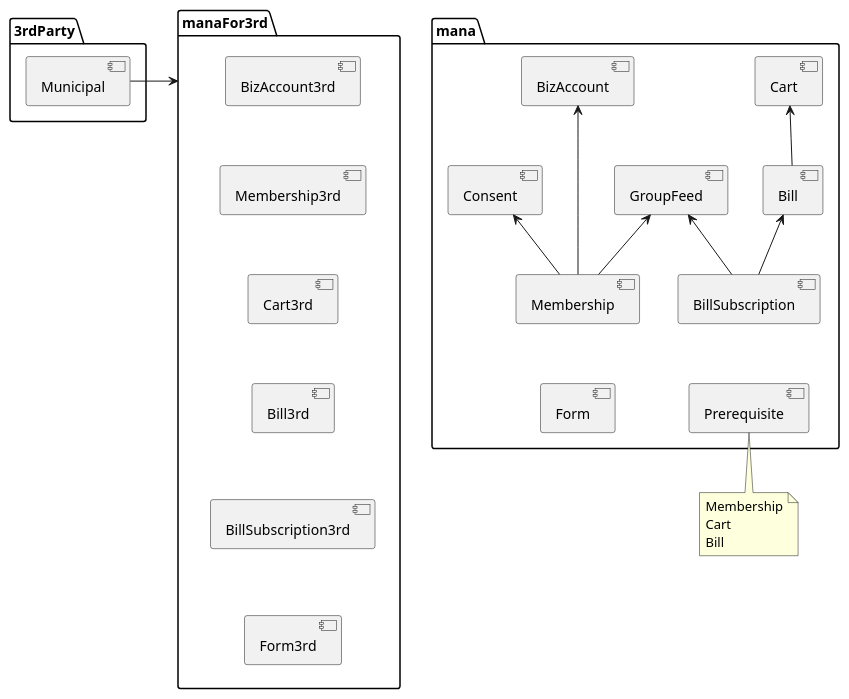
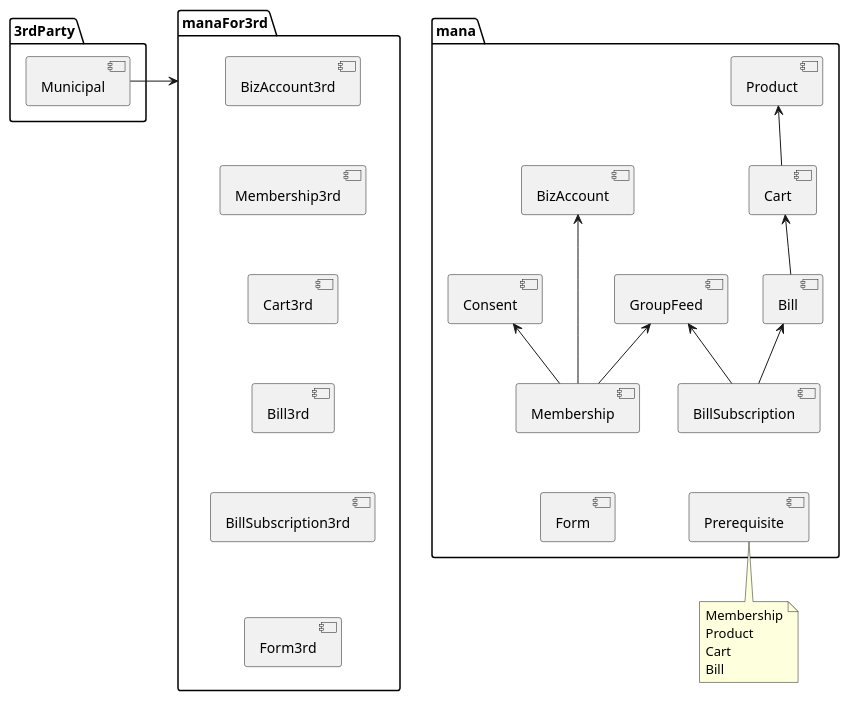
One commit to BugLordTO/cart-ideas changed the diagram in Municipal/module.puml. Above: the diagram before and after it, drawn with PlantUML. The commit also changed 12 other files, not shown here.

```diff
--- a/Municipal/module.puml
+++ b/Municipal/module.puml
@@ -1,50 +1,53 @@
 @startuml module
 
 package mana {
     [BizAccount]
     [Membership]
     [BillSubscription]
+    [Product]
     [Cart]
     [Bill]
     [GroupFeed]
     [Consent]
     [Form]
     [Prerequisite]
 }
 
 package manaFor3rd {
     [BizAccount3rd]
     [Membership3rd]
     [Cart3rd]
     [Bill3rd]
     [BillSubscription3rd]
     [Form3rd]
 }
 [BizAccount3rd] -[hidden]->[Membership3rd]
 [Membership3rd] -[hidden]->[Cart3rd]
 [Cart3rd] -[hidden]->[Bill3rd]
 [Bill3rd] -[hidden]->[BillSubscription3rd]
 [BillSubscription3rd] -[hidden]->[Form3rd]
 
 package 3rdParty {
     [Municipal]
 }
 
 [BizAccount] <--- [Membership]
 [Bill] <-- [BillSubscription]
 [GroupFeed] <-- [BillSubscription]
+[Product] <-- [Cart]
 [Cart] <-- [Bill]
 [GroupFeed] <-- [Membership]
 [Consent] <-- [Membership]
 [Membership] <-[hidden]- [Form]
 [BillSubscription] <-[hidden]- [Prerequisite]
 
 note bottom of [Prerequisite]
     Membership
+    Product
     Cart
     Bill
 end note
 
 [Municipal] -> manaFor3rd
 
 @enduml
```
